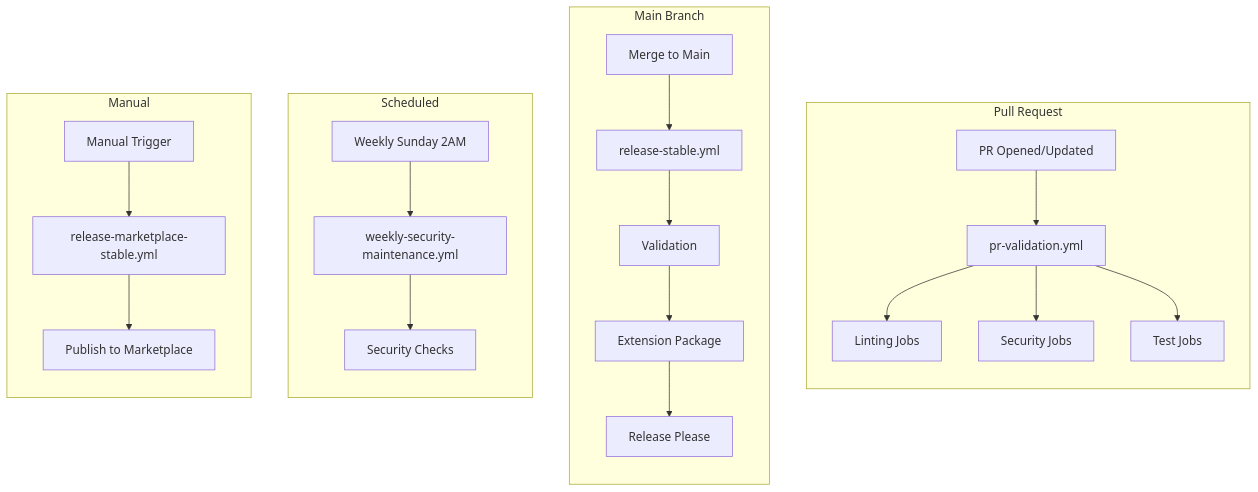
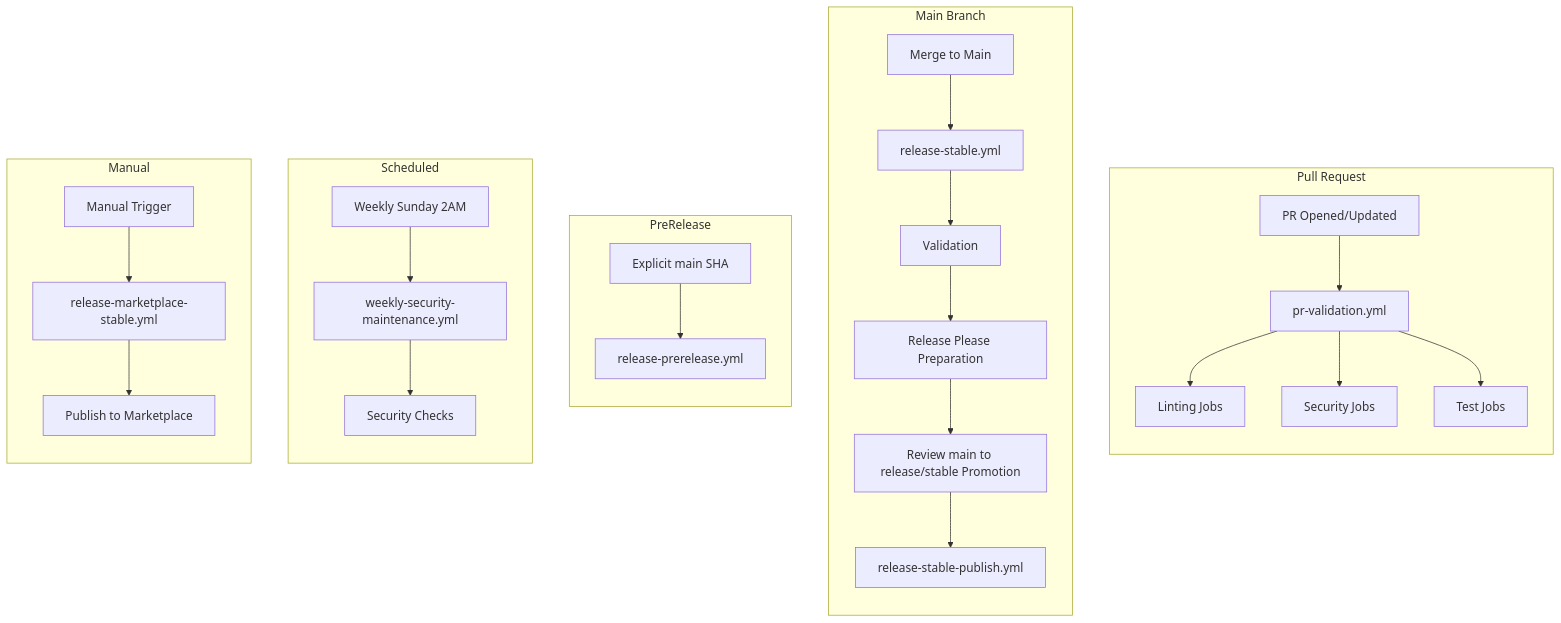
The first of 4 diagrams in docs/architecture/workflows.md (microsoft/hve-core), drawn with Mermaid before and after one commit. The commit also changed other lines of this file and 134 other files, not shown here.

````diff
--- a/docs/architecture/workflows.md
+++ b/docs/architecture/workflows.md
@@ -14,30 +14,36 @@
 ```mermaid
 flowchart TD
     subgraph PR["Pull Request"]
         direction TB
         PR1[PR Opened/Updated] --> PV[pr-validation.yml]
         PV --> LINT[Linting Jobs]
         PV --> SEC[Security Jobs]
         PV --> TEST[Test Jobs]
     end
 
     subgraph MAIN["Main Branch"]
         direction TB
         MERGE[Merge to Main] --> MN[release-stable.yml]
         MN --> VAL[Validation]
-        VAL --> PKG[Extension Package]
-        PKG --> REL[Release Please]
+        VAL --> REL[Release Please Preparation]
+        REL --> PROMO[Review main to release/stable Promotion]
+        PROMO --> STABLE[release-stable-publish.yml]
+    end
+
+    subgraph PRE["PreRelease"]
+        direction TB
+        SHA[Explicit main SHA] --> PRE_RELEASE[release-prerelease.yml]
     end
 
     subgraph SCHED["Scheduled"]
         direction TB
         CRON[Weekly Sunday 2AM] --> WEEKLY[weekly-security-maintenance.yml]
         WEEKLY --> SECCHECK[Security Checks]
     end
 
     subgraph MANUAL["Manual"]
         direction TB
         DISPATCH[Manual Trigger] --> PUB[release-marketplace-stable.yml]
         PUB --> VSCE[Publish to Marketplace]
     end
 ```
````
